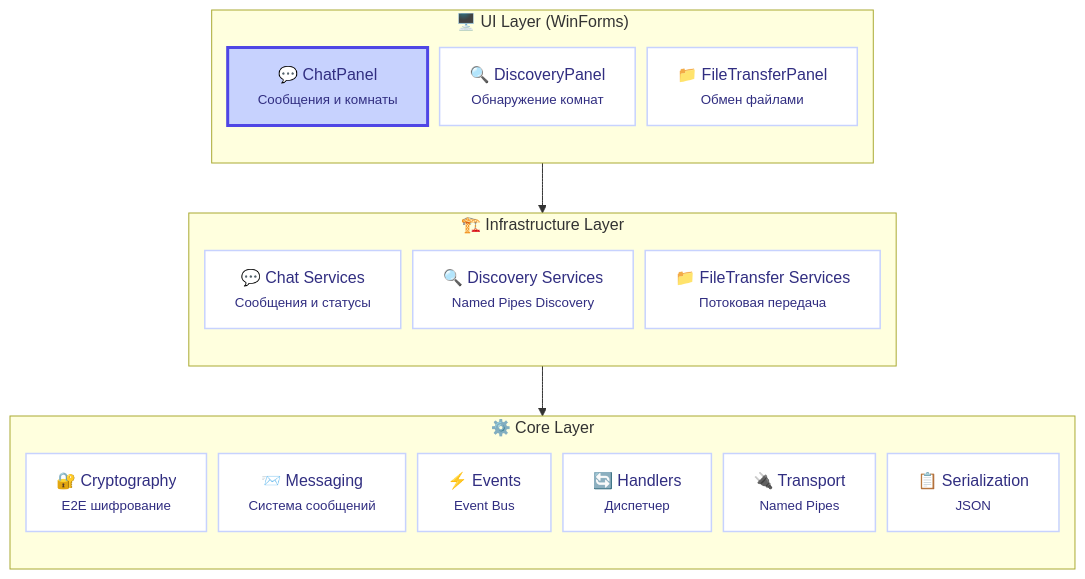
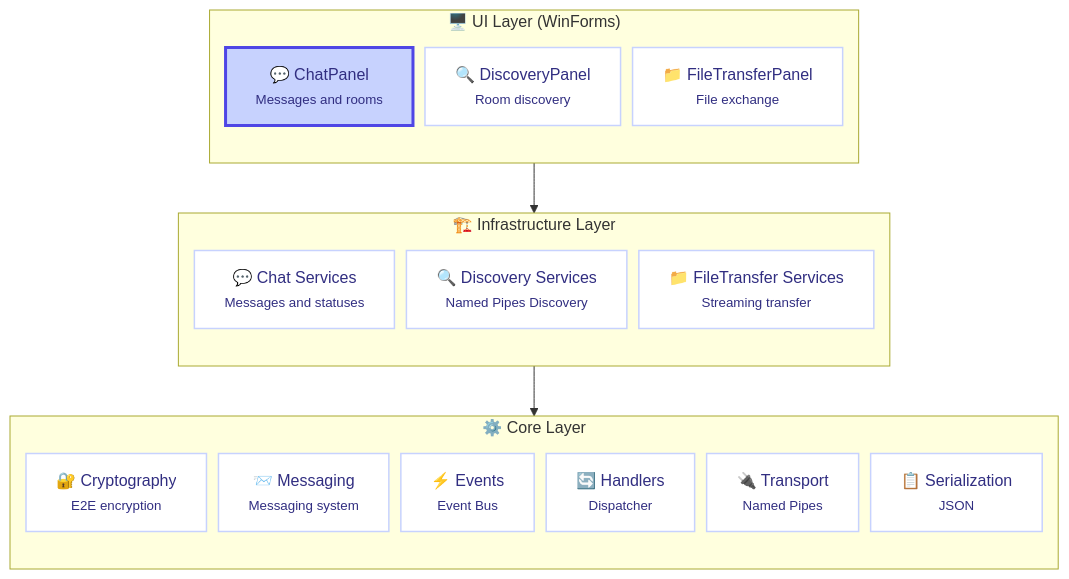
The first of 3 diagrams in README.md (CasCadeVR/MIN), drawn with Mermaid before and after one commit. The commit also changed other lines of this file and 1 other file, not shown here.

````diff
--- a/README.md
+++ b/README.md
@@ -46,42 +48,42 @@
 ```mermaid
 flowchart TB
     %%{init: {'flowchart': {'nodeSpacing': 12}}}%%
     classDef uiLayer fill:#dbeafe,stroke:#3b82f6,stroke-width:2px,color:#1e40af
     classDef infraLayer fill:#e0e7ff,stroke:#4f46e5,stroke-width:2px,color:#3730a3
     classDef coreLayer fill:#ede9fe,stroke:#7c3aed,stroke-width:2px,color:#5b21b6
     classDef component fill:#ffffff,stroke:#c7d2fe,stroke-width:1.5px,color:#312e81
     classDef highlight fill:#c7d2fe,stroke:#4f46e5,stroke-width:3px,color:#312e81
     
     subgraph UI["🖥️ UI Layer (WinForms)"]
         direction TB
-        A["💬 ChatPanel<br><small>Сообщения и комнаты</small>"]
-        B["🔍 DiscoveryPanel<br><small>Обнаружение комнат</small>"]
-        C["📁 FileTransferPanel<br><small>Обмен файлами</small>"]
+        A["💬 ChatPanel<br><small>Messages and rooms</small>"]
+        B["🔍 DiscoveryPanel<br><small>Room discovery</small>"]
+        C["📁 FileTransferPanel<br><small>File exchange</small>"]
     end
     
     subgraph INF["🏗️ Infrastructure Layer"]
         direction TB
-        D["💬 Chat Services<br><small>Сообщения и статусы</small>"]
+        D["💬 Chat Services<br><small>Messages and statuses</small>"]
         E["🔍 Discovery Services<br><small>Named Pipes Discovery</small>"]
-        F["📁 FileTransfer Services<br><small>Потоковая передача</small>"]
+        F["📁 FileTransfer Services<br><small>Streaming transfer</small>"]
     end
     
     subgraph CORE["⚙️ Core Layer"]
         direction TB
-        G["🔐 Cryptography<br><small>E2E шифрование</small>"]
-        H["📨 Messaging<br><small>Система сообщений</small>"]
+        G["🔐 Cryptography<br><small>E2E encryption</small>"]
+        H["📨 Messaging<br><small>Messaging system</small>"]
         I["⚡ Events<br><small>Event Bus</small>"]
-        J["🔄 Handlers<br><small>Диспетчер</small>"]
+        J["🔄 Handlers<br><small>Dispatcher</small>"]
         K["🔌 Transport<br><small>Named Pipes</small>"]
         L["📋 Serialization<br><small>JSON</small>"]
     end
     
     class A highlight;
     class B,C,D,E,F,G,H,I,J,K,L component
     class UI uiLayer;
     class INF infraLayer;
     class CORE coreLayer
     
     UI --> INF
     INF --> CORE
 ```
````
